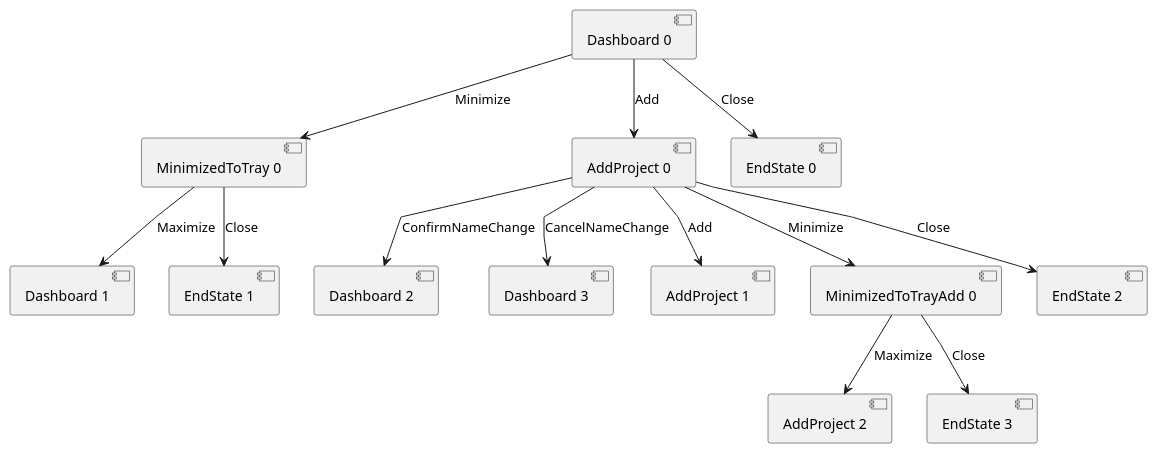
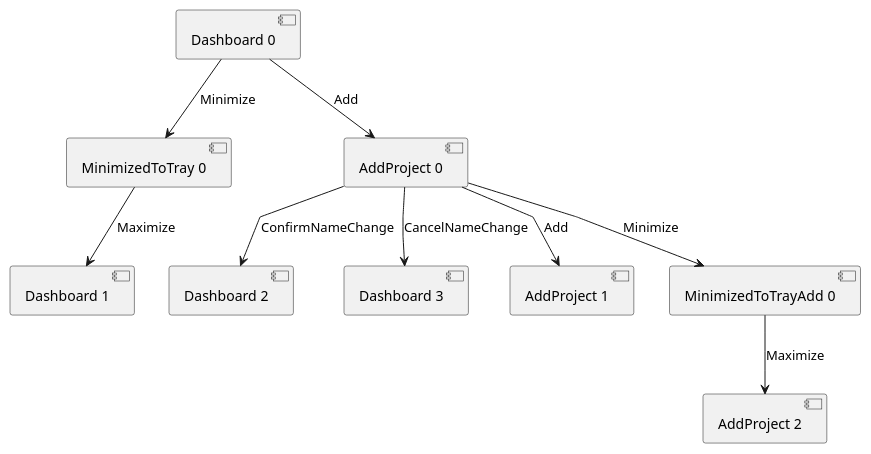
The diagram in assignments/4_model_based_testing/4_report.md (JoaoCostaIFG/tvvs), drawn with PlantUML before and after one commit. The commit also changed other lines of this file and 3 other files, not shown here.

````diff
--- a/assignments/4_model_based_testing/4_report.md
+++ b/assignments/4_model_based_testing/4_report.md
@@ -27,22 +27,18 @@
 ```plantuml
 @startuml
 skinparam linetype polyline
 
 [Dashboard 0] -d-> [MinimizedToTray 0] : Minimize
 [Dashboard 0] -d-> [AddProject 0] : Add
-[Dashboard 0] -d-> [EndState 0] : Close
 
 [MinimizedToTray 0] -d-> [Dashboard 1] : Maximize
-[MinimizedToTray 0] -d-> [EndState 1] : Close
 
 [AddProject 0] -d-> [Dashboard 2] : ConfirmNameChange
 [AddProject 0] -d-> [Dashboard 3] : CancelNameChange
 [AddProject 0] -d-> [AddProject 1] : Add
 [AddProject 0] -d-> [MinimizedToTrayAdd 0] : Minimize
-[AddProject 0] -d-> [EndState 2] : Close
 
 [MinimizedToTrayAdd 0] -d-> [AddProject 2] : Maximize
-[MinimizedToTrayAdd 0] -d-> [EndState 3] : Close
 
 @enduml
 ```
````
